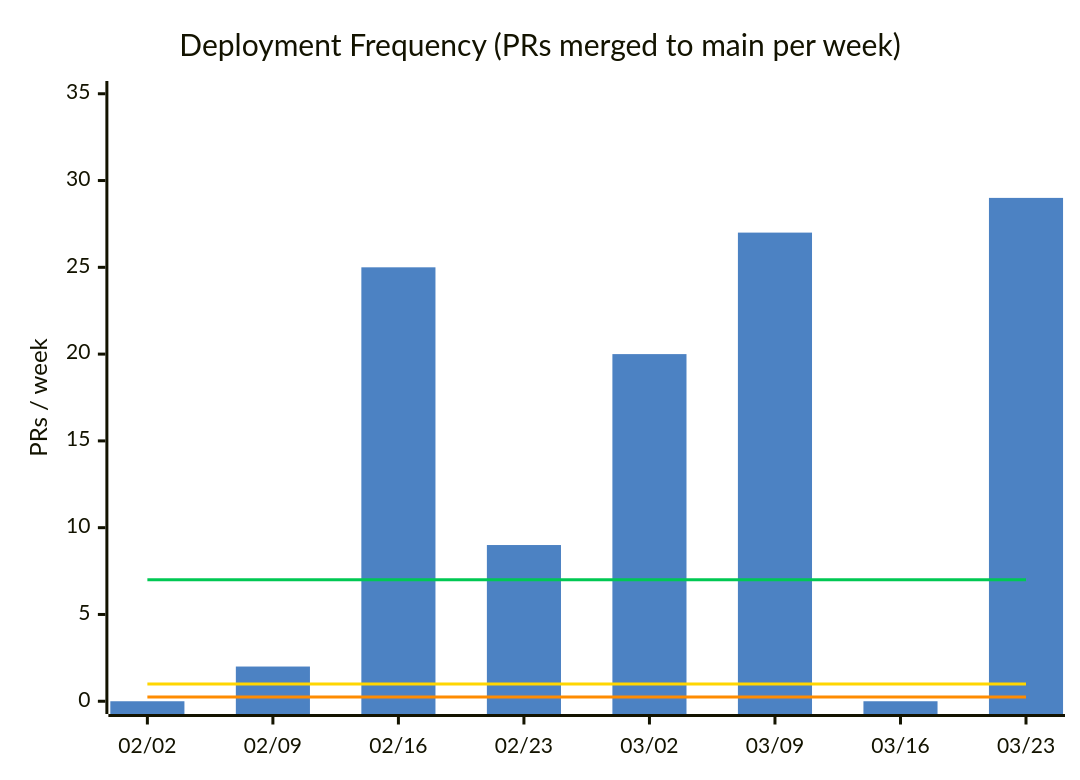
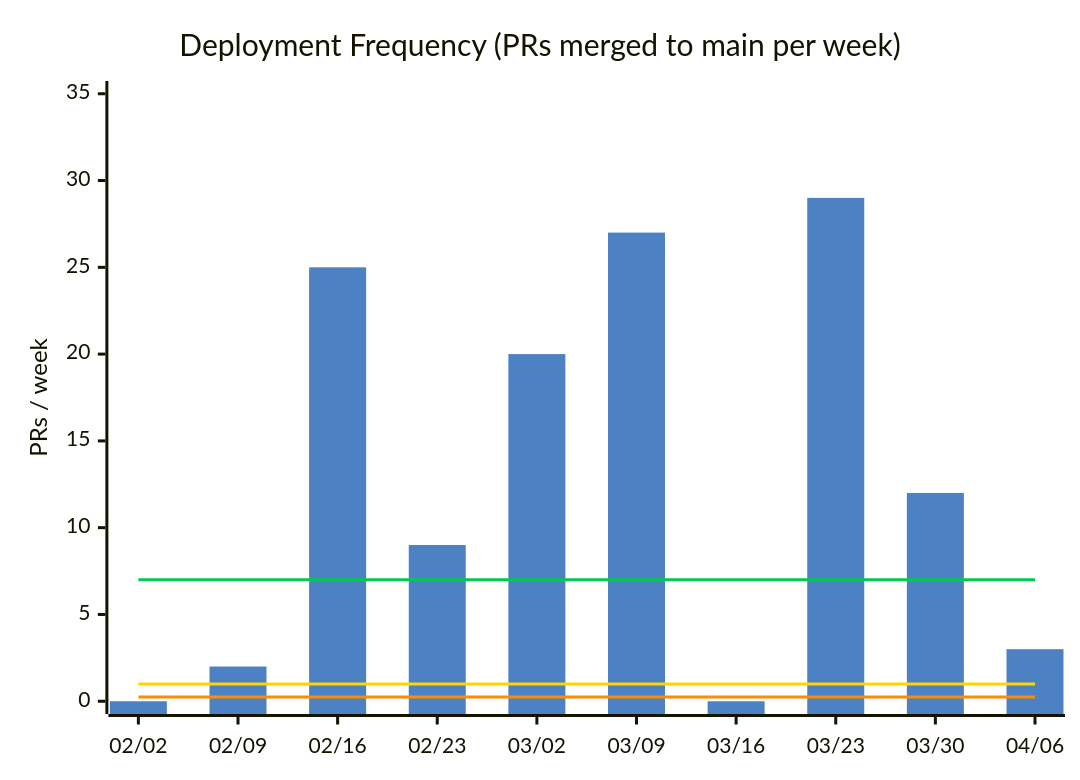
Before and after one commit to nablarch/nabledge-dev: the first of 14 diagrams in docs/metrics.md, drawn with Mermaid. The commit also changed other lines of this file and 2 other files, not shown here.

````diff
--- a/docs/metrics.md
+++ b/docs/metrics.md
@@ -37,11 +37,11 @@
 ```mermaid
 %%{init: {'theme': 'base', 'themeVariables': {'xyChart': {'plotColorPalette': '#4C82C3,#00C853,#FFD600,#FF8C00'}}}}%%
 xychart-beta
   title "Deployment Frequency (PRs merged to main per week)"
-  x-axis ["02/02", "02/09", "02/16", "02/23", "03/02", "03/09", "03/16", "03/23"]
+  x-axis ["02/02", "02/09", "02/16", "02/23", "03/02", "03/09", "03/16", "03/23", "03/30", "04/06"]
   y-axis "PRs / week" 0 --> 35
-  bar [0, 2, 25, 9, 20, 27, 0, 29]
-  line [7, 7, 7, 7, 7, 7, 7, 7]
-  line [1, 1, 1, 1, 1, 1, 1, 1]
-  line [0.25, 0.25, 0.25, 0.25, 0.25, 0.25, 0.25, 0.25]
+  bar [0, 2, 25, 9, 20, 27, 0, 29, 12, 3]
+  line [7, 7, 7, 7, 7, 7, 7, 7, 7, 7]
+  line [1, 1, 1, 1, 1, 1, 1, 1, 1, 1]
+  line [0.25, 0.25, 0.25, 0.25, 0.25, 0.25, 0.25, 0.25, 0.25, 0.25]
 ```
````
